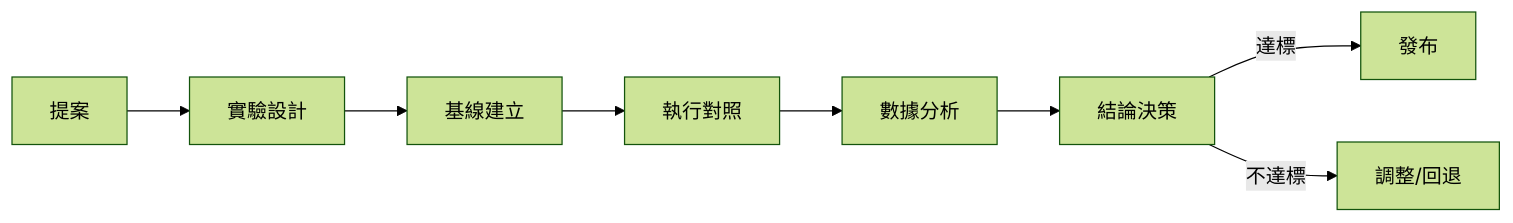
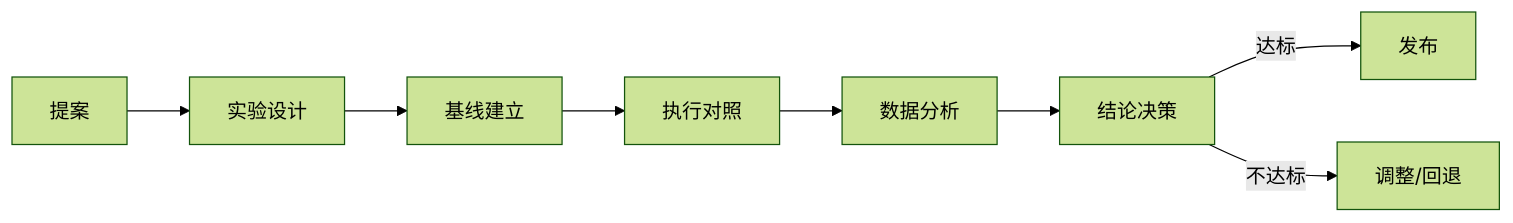
One commit to gogojaja/DevProjectTeamSkill changed the diagram in .trae/skills/dev-project-team-skill/skills/self-improve/domain/experiment-evaluation.md. Above: the diagram before and after it, drawn with Mermaid (forest theme). The commit also changed other lines of this file and 69 other files, not shown here.

````diff
--- a/.trae/skills/dev-project-team-skill/skills/self-improve/domain/experiment-evaluation.md
+++ b/.trae/skills/dev-project-team-skill/skills/self-improve/domain/experiment-evaluation.md
@@ -10,10 +10,10 @@
 ```mermaid
 graph LR
-  A[提案] --> B[實驗設計]
-  B --> C[基線建立]
-  C --> D[執行對照]
-  D --> E[數據分析]
-  E --> F[結論決策]
-  F -->|達標| G[發布]
-  F -->|不達標| H[調整/回退]
+  A[提案] --> B[实验设计]
+  B --> C[基线建立]
+  C --> D[执行对照]
+  D --> E[数据分析]
+  E --> F[结论决策]
+  F -->|达标| G[发布]
+  F -->|不达标| H[调整/回退]
 ```
````
